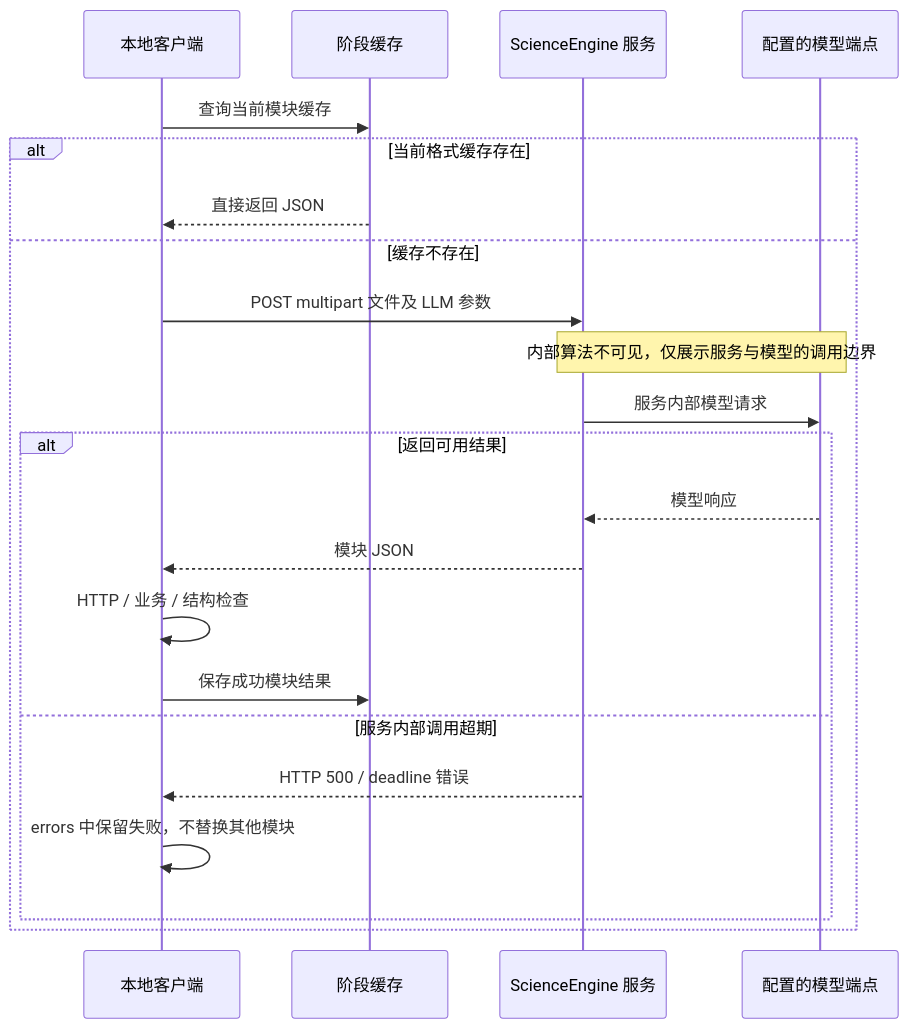
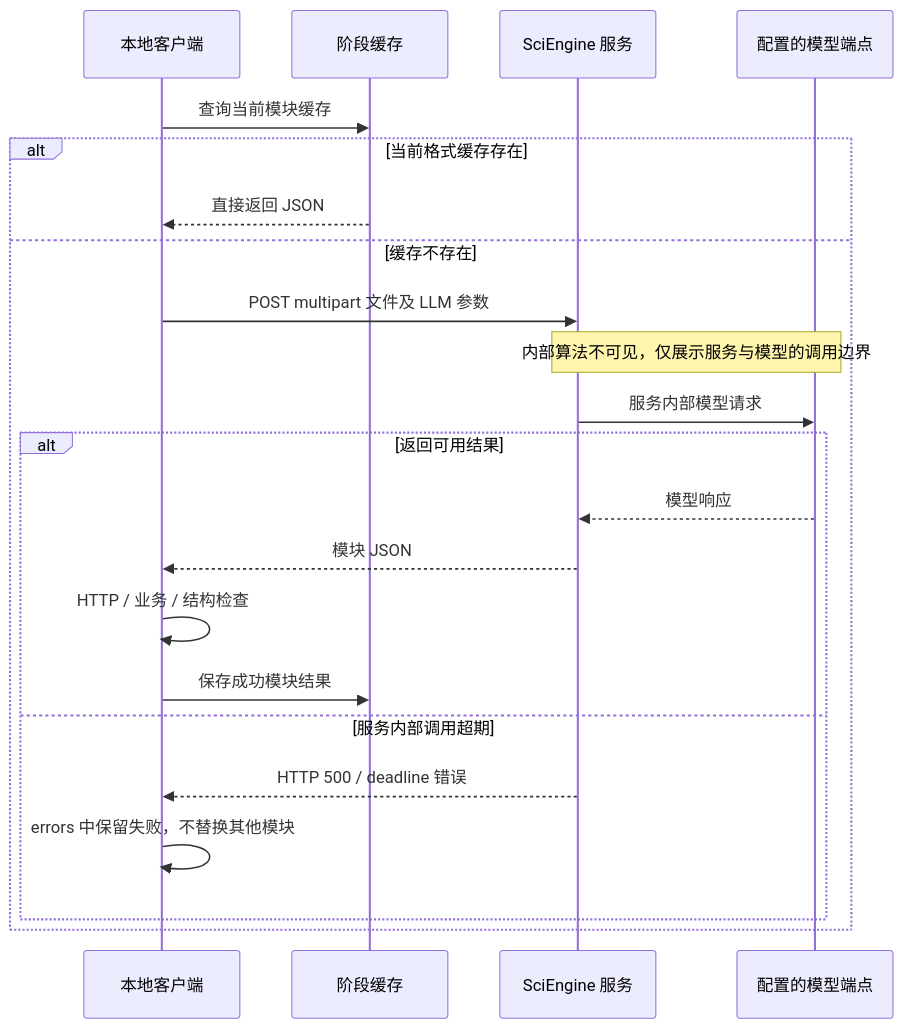
The diagram in docs/diagrams/03-science-sequence.mmd (JYao-Chen/scirelay), drawn with Mermaid before and after one commit. The commit also changed 39 other files, not shown here.

```diff
--- a/docs/diagrams/03-science-sequence.mmd
+++ b/docs/diagrams/03-science-sequence.mmd
@@ -1,22 +1,22 @@
 sequenceDiagram
   participant C as 本地客户端
   participant F as 阶段缓存
-  participant S as ScienceEngine 服务
+  participant S as SciEngine 服务
   participant M as 配置的模型端点
   C->>F: 查询当前模块缓存
   alt 当前格式缓存存在
     F-->>C: 直接返回 JSON
   else 缓存不存在
     C->>S: POST multipart 文件及 LLM 参数
     Note over S,M: 内部算法不可见，仅展示服务与模型的调用边界
     S->>M: 服务内部模型请求
     alt 返回可用结果
       M-->>S: 模型响应
       S-->>C: 模块 JSON
       C->>C: HTTP / 业务 / 结构检查
       C->>F: 保存成功模块结果
     else 服务内部调用超期
       S-->>C: HTTP 500 / deadline 错误
       C->>C: errors 中保留失败，不替换其他模块
     end
   end
```
